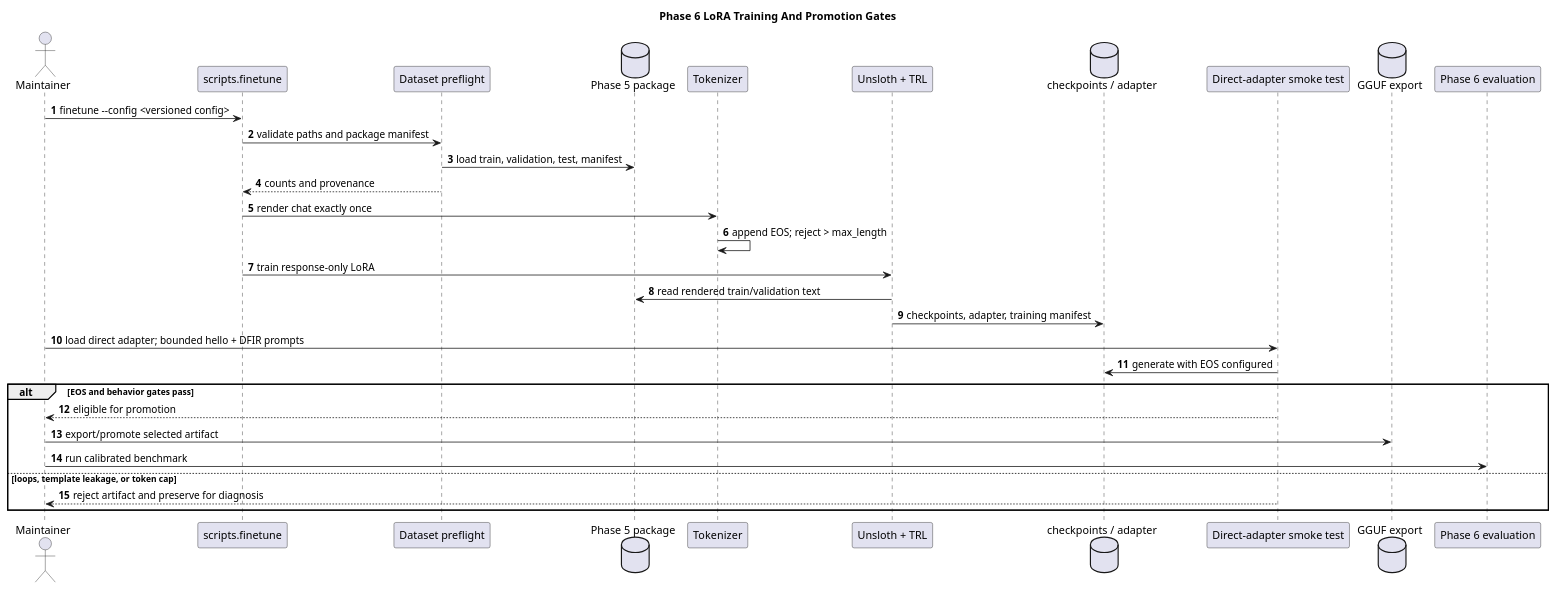
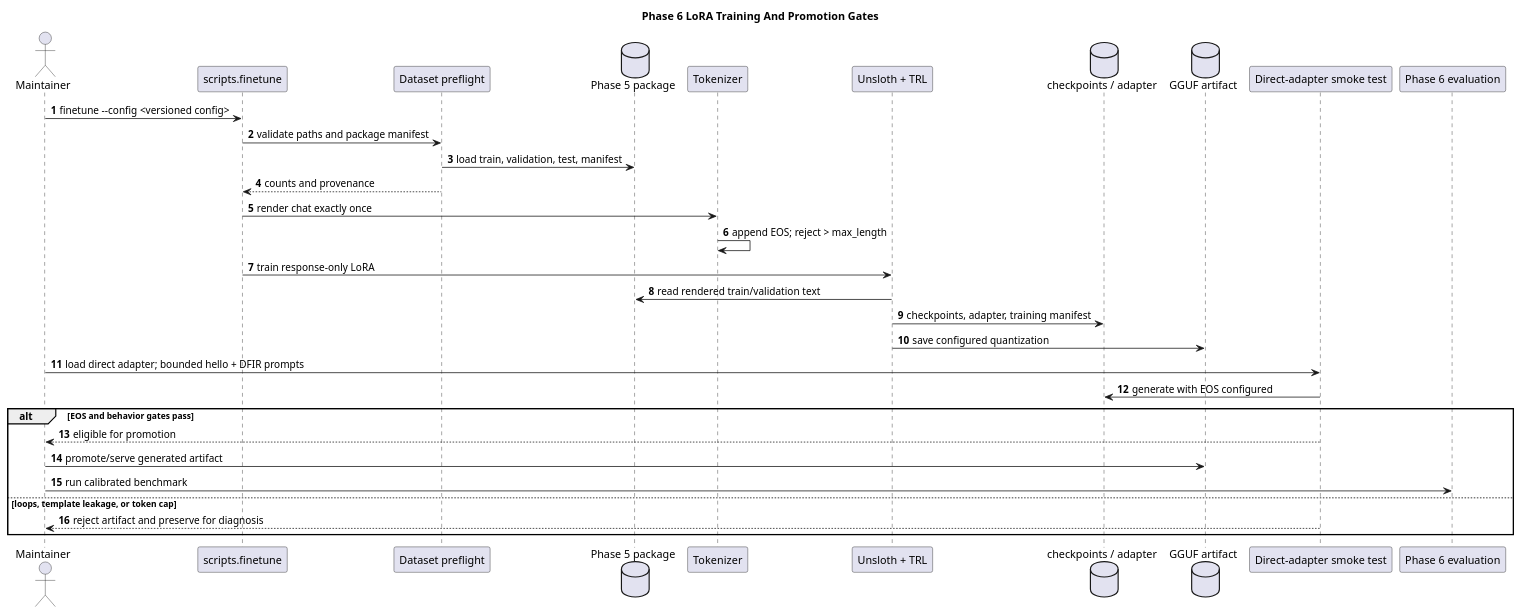
The diagram in docs/diagrams/phase6-training-sequence.puml (darkrelicz/dfir-dataset), drawn with PlantUML before and after one commit. The commit also changed 9 other files, not shown here.

```diff
--- a/docs/diagrams/phase6-training-sequence.puml
+++ b/docs/diagrams/phase6-training-sequence.puml
@@ -1,37 +1,38 @@
 @startuml
 title Phase 6 LoRA Training And Promotion Gates
 
 skinparam shadowing false
 autonumber
 
 actor Maintainer
 participant "scripts.finetune" as CLI
 participant "Dataset preflight" as Preflight
 database "Phase 5 package" as Package
 participant "Tokenizer" as Tokenizer
 participant "Unsloth + TRL" as Trainer
 database "checkpoints / adapter" as Artifacts
+database "GGUF artifact" as GGUF
 participant "Direct-adapter smoke test" as Smoke
-database "GGUF export" as GGUF
 participant "Phase 6 evaluation" as Evaluation
 
 Maintainer -> CLI: finetune --config <versioned config>
 CLI -> Preflight: validate paths and package manifest
 Preflight -> Package: load train, validation, test, manifest
 Preflight --> CLI: counts and provenance
 CLI -> Tokenizer: render chat exactly once
 Tokenizer -> Tokenizer: append EOS; reject > max_length
 CLI -> Trainer: train response-only LoRA
 Trainer -> Package: read rendered train/validation text
 Trainer -> Artifacts: checkpoints, adapter, training manifest
+Trainer -> GGUF: save configured quantization
 Maintainer -> Smoke: load direct adapter; bounded hello + DFIR prompts
 Smoke -> Artifacts: generate with EOS configured
 alt EOS and behavior gates pass
   Smoke --> Maintainer: eligible for promotion
-  Maintainer -> GGUF: export/promote selected artifact
+  Maintainer -> GGUF: promote/serve generated artifact
   Maintainer -> Evaluation: run calibrated benchmark
 else loops, template leakage, or token cap
   Smoke --> Maintainer: reject artifact and preserve for diagnosis
 end
 
 @enduml
```
